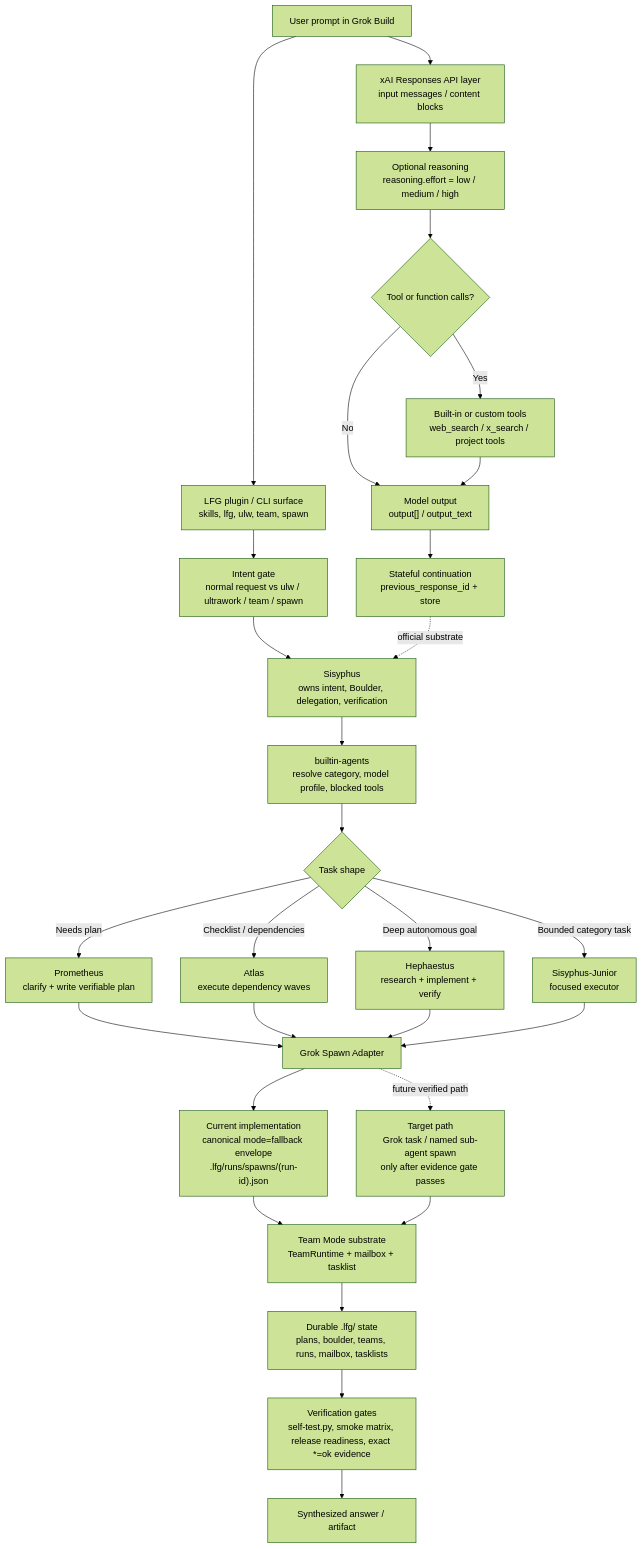
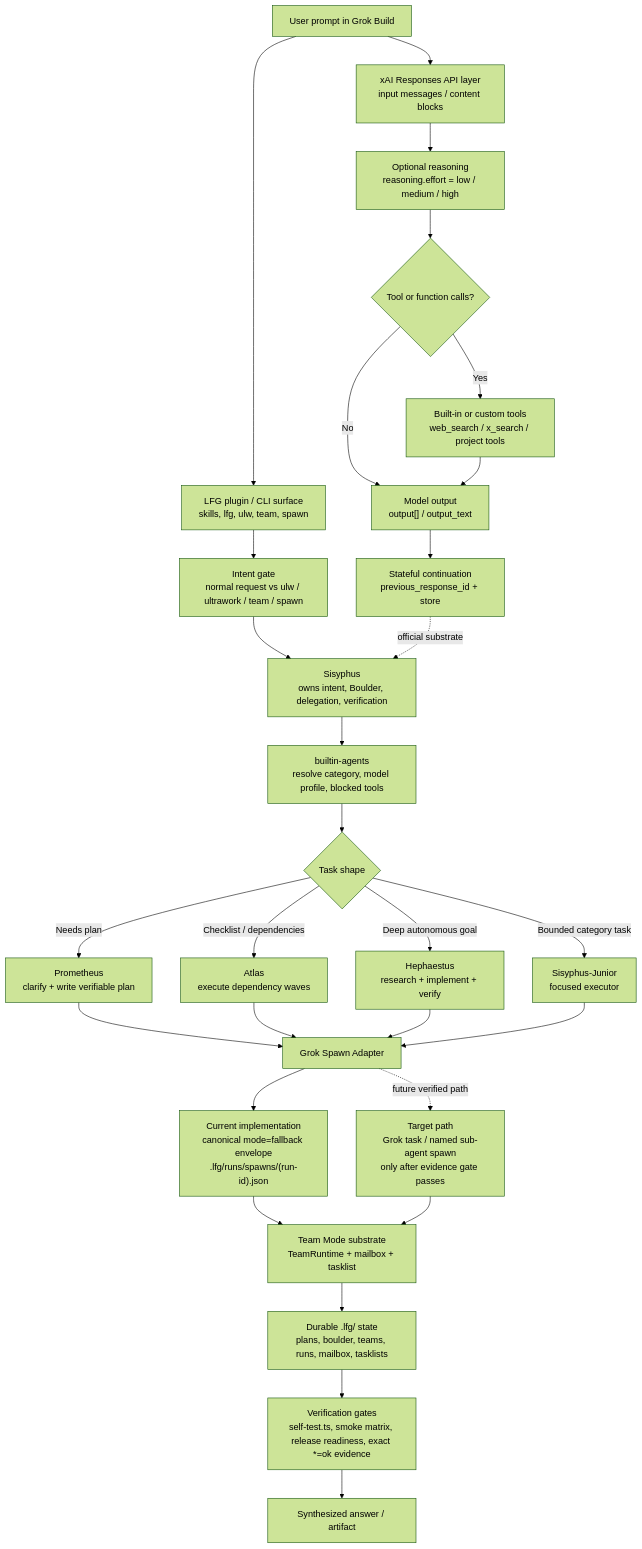
The diagram in docs/GROK-BUILD-PROMPT-STAGES.md (islee23520/lfg), drawn with Mermaid (forest theme) before and after one commit. The commit also changed other lines of this file and 36 other files, not shown here.

````diff
--- a/docs/GROK-BUILD-PROMPT-STAGES.md
+++ b/docs/GROK-BUILD-PROMPT-STAGES.md
@@ -15,35 +15,35 @@
 ```mermaid
 flowchart TD
     U["User prompt in Grok Build"] --> XAI_IN["xAI Responses API layer<br/>input messages / content blocks"]
     XAI_IN --> XAI_REASON["Optional reasoning<br/>reasoning.effort = low / medium / high"]
     XAI_REASON --> XAI_TOOLS{"Tool or function calls?"}
     XAI_TOOLS -->|Yes| XAI_TOOL_RUN["Built-in or custom tools<br/>web_search / x_search / project tools"]
     XAI_TOOLS -->|No| XAI_OUT["Model output<br/>output[] / output_text"]
     XAI_TOOL_RUN --> XAI_OUT
     XAI_OUT --> STATEFUL["Stateful continuation<br/>previous_response_id + store"]
 
     U --> LFG_ENTRY["LFG plugin / CLI surface<br/>skills, lfg, ulw, team, spawn"]
     LFG_ENTRY --> INTENT["Intent gate<br/>normal request vs ulw / ultrawork / team / spawn"]
     INTENT --> SIS["Sisyphus<br/>owns intent, Boulder, delegation, verification"]
     SIS --> POLICY["builtin-agents<br/>resolve category, model profile, blocked tools"]
     POLICY --> ROUTE{"Task shape"}
     ROUTE -->|Needs plan| PROM["Prometheus<br/>clarify + write verifiable plan"]
     ROUTE -->|Checklist / dependencies| ATLAS["Atlas<br/>execute dependency waves"]
     ROUTE -->|Deep autonomous goal| HEPH["Hephaestus<br/>research + implement + verify"]
     ROUTE -->|Bounded category task| JUNIOR["Sisyphus-Junior<br/>focused executor"]
 
     PROM --> SPAWN["Grok Spawn Adapter"]
     ATLAS --> SPAWN
     HEPH --> SPAWN
     JUNIOR --> SPAWN
     SPAWN --> FALLBACK["Current implementation<br/>canonical mode=fallback envelope<br/>.lfg/runs/spawns/(run-id).json"]
     SPAWN -. future verified path .-> NATIVE["Target path<br/>Grok task / named sub-agent spawn<br/>only after evidence gate passes"]
 
     FALLBACK --> TEAM["Team Mode substrate<br/>TeamRuntime + mailbox + tasklist"]
     NATIVE --> TEAM
     TEAM --> DURABLE["Durable .lfg/ state<br/>plans, boulder, teams, runs, mailbox, tasklists"]
-    DURABLE --> VERIFY["Verification gates<br/>self-test.py, smoke matrix, release readiness, exact *=ok evidence"]
+    DURABLE --> VERIFY["Verification gates<br/>self-test.ts, smoke matrix, release readiness, exact *=ok evidence"]
     VERIFY --> FINAL["Synthesized answer / artifact"]
 
     STATEFUL -. official substrate .-> SIS
 ```
````
